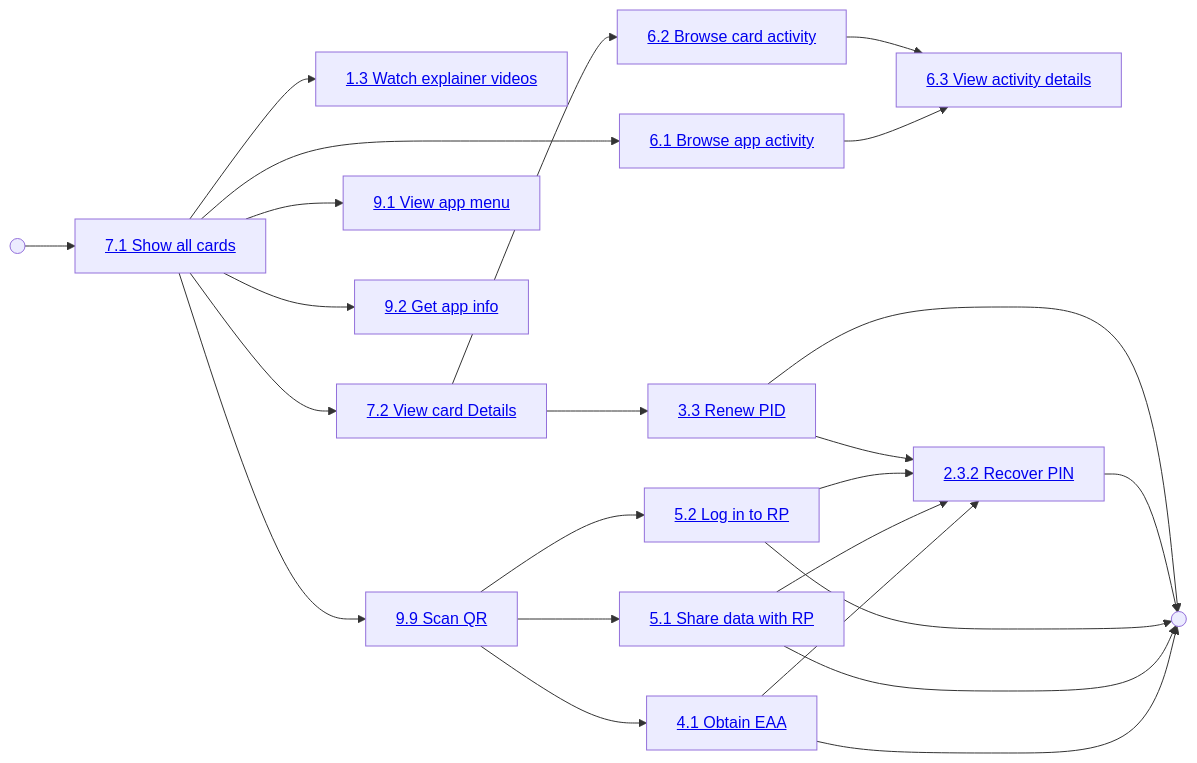
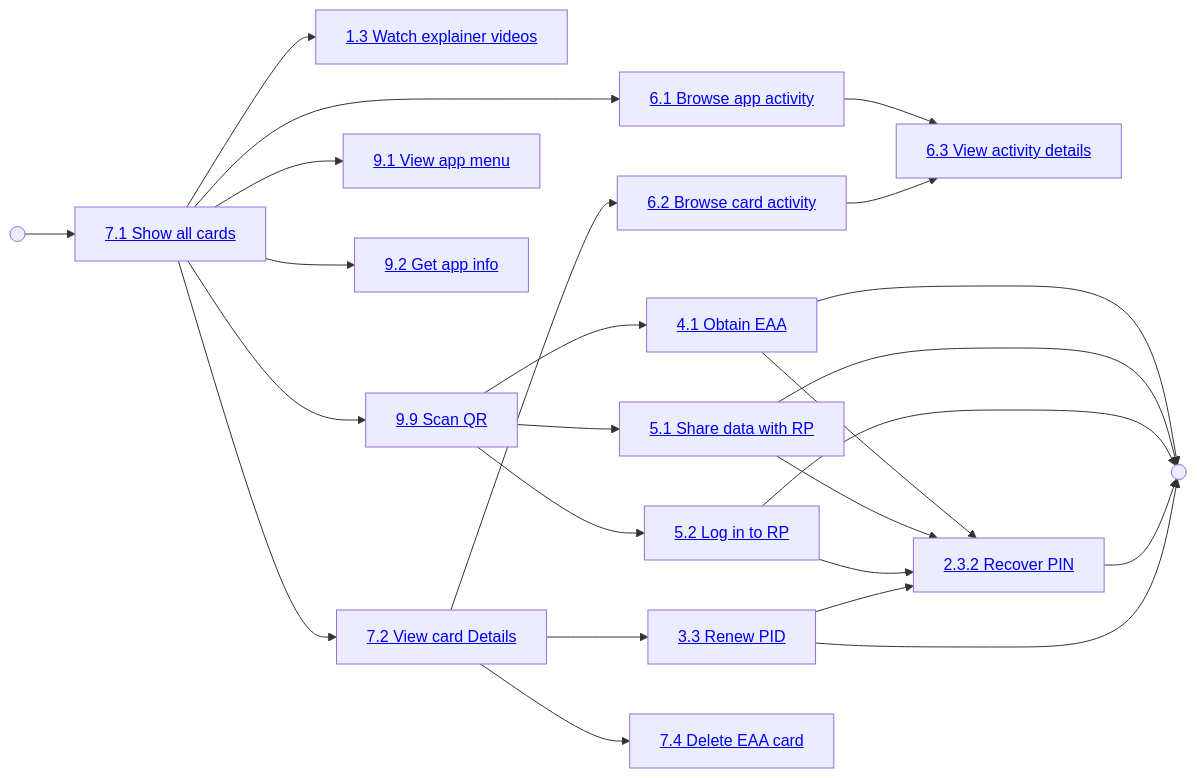
The second of 3 diagrams in wallet_docs/functional-design/use-case-overview.md (MinBZK/nl-wallet), drawn with Mermaid before and after one commit. The commit also changed 5 other files, not shown here.

````diff
--- a/wallet_docs/functional-design/use-case-overview.md
+++ b/wallet_docs/functional-design/use-case-overview.md
@@ -61,60 +61,62 @@
 ```{mermaid}
 flowchart LR
 START((" "))
 END((" "))
 APP_TOUR["<a href='use-cases/UC1.3_AppTour.html'>1.3 Watch explainer videos</a>"]
 
 OBTAIN_CARDS["<a href='use-cases/UC4.1_ObtainCardsFromEAAIssuer.html'>4.1 Obtain EAA</a>"]
 
 SHARE["<a href='use-cases/UC5.1_ShareDataWithRP.html'>5.1 Share data with RP</a>"]
 LOGIN["<a href='use-cases/UC5.2_LoginToApplicationOfRP.html'>5.2 Log in to RP</a>"]
 
 ALL_HISTORY["<a href='use-cases/UC6.1_ShowCompleteUsageAndManagementHistory.html'>6.1 Browse app activity</a>"]
 CARD_HISTORY["<a href='use-cases/UC6.2_ShowUsageAndManagementHistoryOfCard.html'>6.2 Browse card activity</a>"]
 HISTORY_EVENT["<a href='use-cases/UC6.3_ShowHistoryEvent.html'>6.3 View activity details</a>"]
 
 ALL_CARDS["<a href='use-cases/UC7.1_ShowAllAvailableCards.html'>7.1 Show all cards</a>"]
 CARD["<a href='use-cases/UC7.2_ShowCardDetails.html'>7.2 View card Details</a>"]
 
 MENU["<a href='use-cases/UC9.1_ShowAppMenu.html'>9.1 View app menu</a>"]
 APP_INFO["<a href='use-cases/UC9.2_GetAppInformation.html'>9.2 Get app info</a>"]
 QR["<a href='use-cases/UC9.9_ScanQR.html'>9.9 Scan QR</a>"]
 
 RECOVER_PIN["<a href='use-cases/UC2.3.2_RecoverPIN.html'>2.3.2 Recover PIN</a>"]
 RENEW_PID["<a href='use-cases/UC3.2_RenewPid.html'>3.3 Renew PID</a>"]
+DELETE_CARD["<a href='use-cases/UC7.4_DeleteEAACard.html'>7.4 Delete EAA card</a>"]
 
 START --> ALL_CARDS
 
 ALL_CARDS --> APP_TOUR
 ALL_CARDS --> MENU
 ALL_CARDS --> QR
 ALL_CARDS --> ALL_HISTORY
 ALL_CARDS --> CARD
 ALL_CARDS --> APP_INFO
 
 OBTAIN_CARDS --> END
 OBTAIN_CARDS --> RECOVER_PIN
 
 SHARE --> END
 SHARE --> RECOVER_PIN
 
 LOGIN --> END
 LOGIN --> RECOVER_PIN
 
 RECOVER_PIN --> END
 
 QR --> OBTAIN_CARDS
 QR --> SHARE
 QR --> LOGIN
 
 ALL_HISTORY --> HISTORY_EVENT
 
 CARD_HISTORY --> HISTORY_EVENT
 
 CARD --> CARD_HISTORY
 CARD --> RENEW_PID
+CARD --> DELETE_CARD
 
 RENEW_PID --> END
 RENEW_PID --> RECOVER_PIN
 
 ```
````
